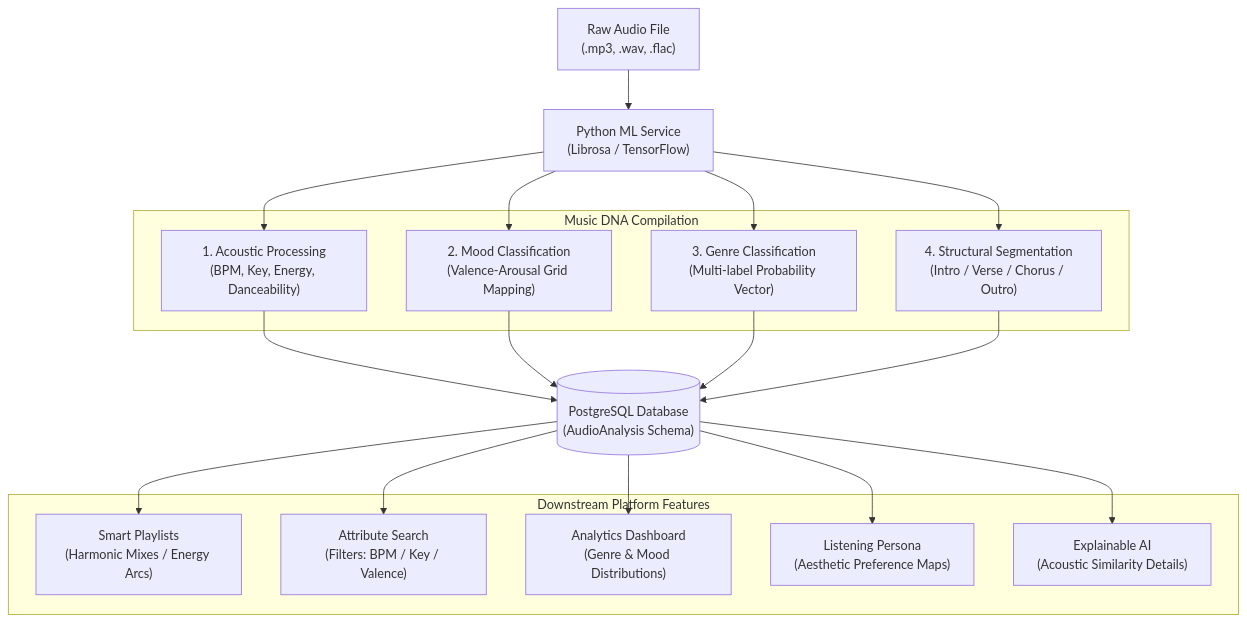
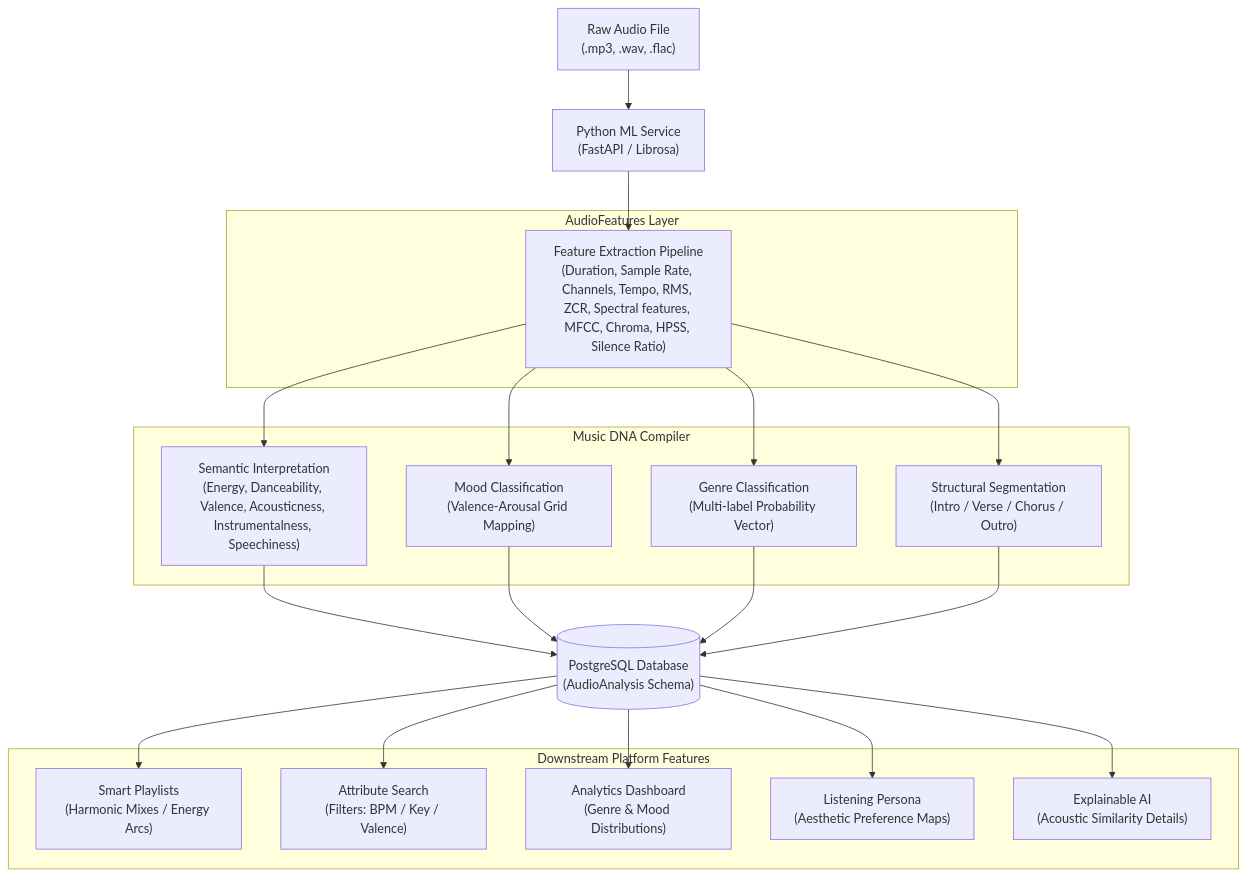
One commit to ggarvitbansal/MusicSense changed the diagram in docs/music-dna.md. Above: the diagram before and after it, drawn with Mermaid. The commit also changed other lines of this file and 25 other files, not shown here.

Commit message:
feat(ui): implement Music DNA analysis dashboard

````diff
--- a/docs/music-dna.md
+++ b/docs/music-dna.md
@@ -39,39 +39,44 @@
 ```mermaid
 graph TD
     Audio["Raw Audio File<br>(.mp3, .wav, .flac)"]
-    ML["Python ML Service<br>(Librosa / TensorFlow)"]
+    ML["Python ML Service<br>(FastAPI / Librosa)"]
     
-    subgraph Music DNA Compilation
-        Acoustic["1. Acoustic Processing<br>(BPM, Key, Energy, Danceability)"]
-        Mood["2. Mood Classification<br>(Valence-Arousal Grid Mapping)"]
-        Genre["3. Genre Classification<br>(Multi-label Probability Vector)"]
-        Struct["4. Structural Segmentation<br>(Intro / Verse / Chorus / Outro)"]
+    subgraph AudioFeatures Layer
+        DSP["Feature Extraction Pipeline<br>(Duration, Sample Rate, Channels, Tempo, RMS, ZCR, Spectral features, MFCC, Chroma, HPSS, Silence Ratio)"]
+    end
+    
+    subgraph Music DNA Compiler
+        Semantic["Semantic Interpretation<br>(Energy, Danceability, Valence, Acousticness, Instrumentalness, Speechiness)"]
+        Mood["Mood Classification<br>(Valence-Arousal Grid Mapping)"]
+        Genre["Genre Classification<br>(Multi-label Probability Vector)"]
+        Struct["Structural Segmentation<br>(Intro / Verse / Chorus / Outro)"]
     end
     
     DB[("PostgreSQL Database<br>(AudioAnalysis Schema)")]
     
     subgraph Downstream Platform Features
         Playlists["Smart Playlists<br>(Harmonic Mixes / Energy Arcs)"]
         Search["Attribute Search<br>(Filters: BPM / Key / Valence)"]
         Analytics["Analytics Dashboard<br>(Genre & Mood Distributions)"]
         Persona["Listening Persona<br>(Aesthetic Preference Maps)"]
         XAI["Explainable AI<br>(Acoustic Similarity Details)"]
     end
 
     Audio --> ML
-    ML --> Acoustic
-    ML --> Mood
-    ML --> Genre
-    ML --> Struct
+    ML --> DSP
+    DSP --> Semantic
+    DSP --> Mood
+    DSP --> Genre
+    DSP --> Struct
     
-    Acoustic --> DB
+    Semantic --> DB
     Mood --> DB
     Genre --> DB
     Struct --> DB
     
     DB --> Playlists
     DB --> Search
     DB --> Analytics
     DB --> Persona
     DB --> XAI
 ```
````
